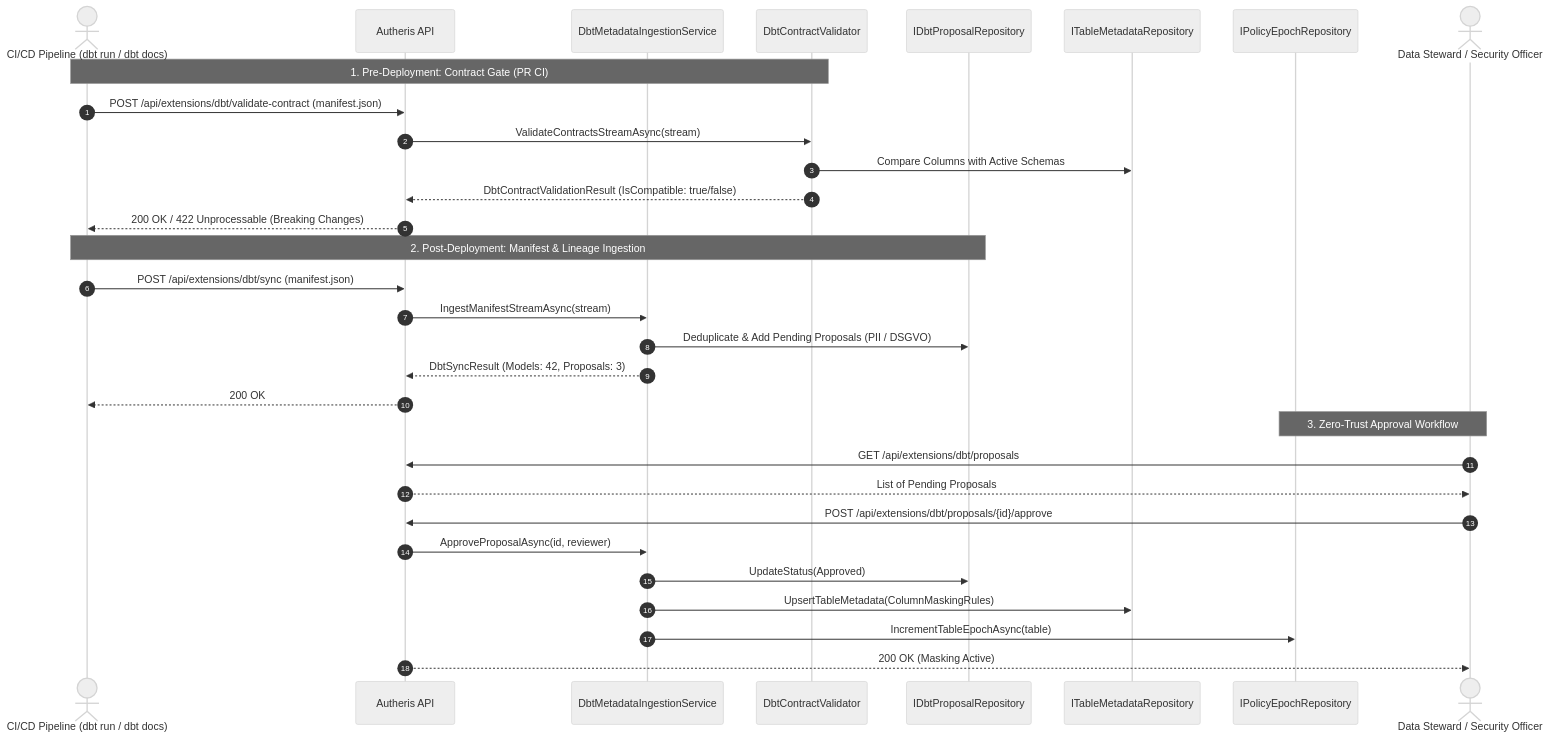
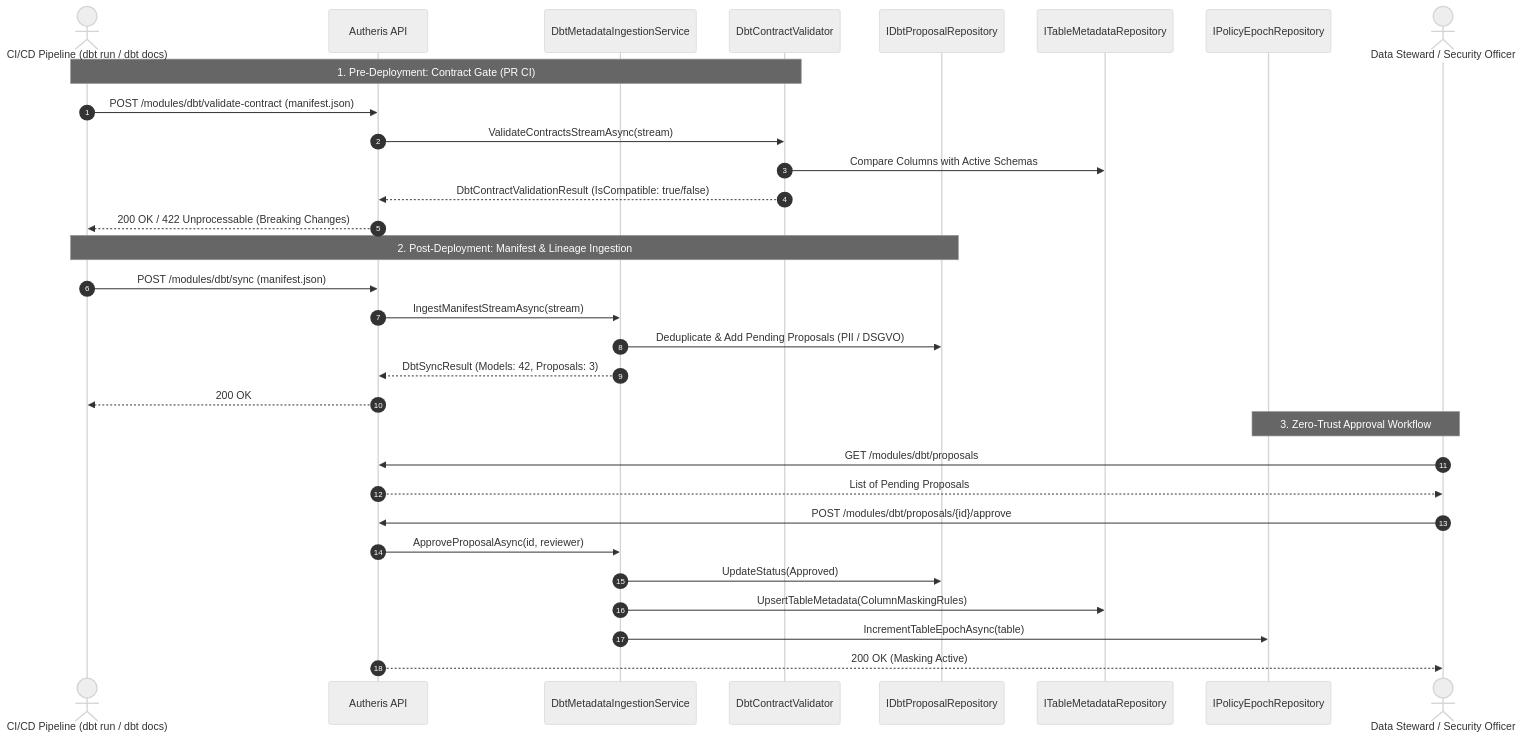
The diagram in docs/extensions/dbt-integration-guide.md (themulle/autheris), drawn with Mermaid (neutral theme) before and after one commit. The commit also changed other lines of this file and 220 other files, not shown here.

First line of the commit message:
refactor(dbt): move the dbt integration into the runtime module Autheris.Modules.Dbt

````diff
--- a/docs/extensions/dbt-integration-guide.md
+++ b/docs/extensions/dbt-integration-guide.md
@@ -21,36 +21,36 @@
 ```mermaid
 sequenceDiagram
     autonumber
     actor DevOps as CI/CD Pipeline (dbt run / dbt docs)
     participant GW as Autheris API
     participant Ingest as DbtMetadataIngestionService
     participant Validator as DbtContractValidator
     participant Repo as IDbtProposalRepository
     participant Meta as ITableMetadataRepository
     participant Epoch as IPolicyEpochRepository
     actor Steward as Data Steward / Security Officer
 
     Note over DevOps,Validator: 1. Pre-Deployment: Contract Gate (PR CI)
-    DevOps->>GW: POST /api/extensions/dbt/validate-contract (manifest.json)
+    DevOps->>GW: POST /modules/dbt/validate-contract (manifest.json)
     GW->>Validator: ValidateContractsStreamAsync(stream)
     Validator->>Meta: Compare Columns with Active Schemas
     Validator-->>GW: DbtContractValidationResult (IsCompatible: true/false)
     GW-->>DevOps: 200 OK / 422 Unprocessable (Breaking Changes)
 
     Note over DevOps,Repo: 2. Post-Deployment: Manifest & Lineage Ingestion
-    DevOps->>GW: POST /api/extensions/dbt/sync (manifest.json)
+    DevOps->>GW: POST /modules/dbt/sync (manifest.json)
     GW->>Ingest: IngestManifestStreamAsync(stream)
     Ingest->>Repo: Deduplicate & Add Pending Proposals (PII / DSGVO)
     Ingest-->>GW: DbtSyncResult (Models: 42, Proposals: 3)
     GW-->>DevOps: 200 OK
 
     Note over Steward,Epoch: 3. Zero-Trust Approval Workflow
-    Steward->>GW: GET /api/extensions/dbt/proposals
+    Steward->>GW: GET /modules/dbt/proposals
     GW-->>Steward: List of Pending Proposals
-    Steward->>GW: POST /api/extensions/dbt/proposals/{id}/approve
+    Steward->>GW: POST /modules/dbt/proposals/{id}/approve
     GW->>Ingest: ApproveProposalAsync(id, reviewer)
     Ingest->>Repo: UpdateStatus(Approved)
     Ingest->>Meta: UpsertTableMetadata(ColumnMaskingRules)
     Ingest->>Epoch: IncrementTableEpochAsync(table)
     GW-->>Steward: 200 OK (Masking Active)
 ```
````
